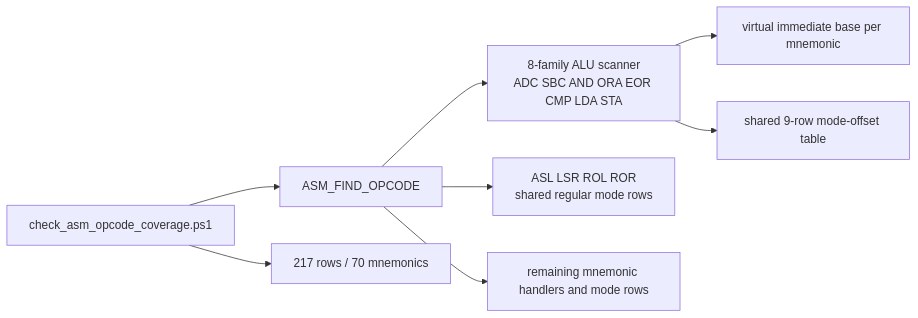
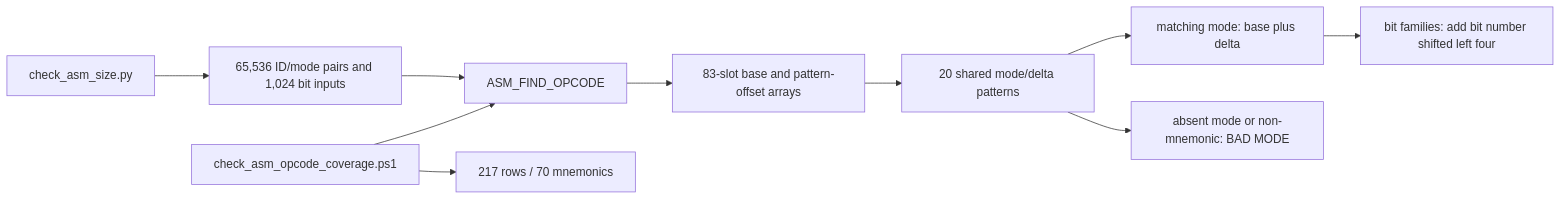
One commit to 95westus/R-YORS changed the eighth of 11 diagrams in DOC/GUIDES/ASM/ASM_CALL_MAP.md. Above: the diagram before and after it, drawn with Mermaid. The commit also changed other lines of this file and 85 other files, not shown here.

````diff
--- a/DOC/GUIDES/ASM/ASM_CALL_MAP.md
+++ b/DOC/GUIDES/ASM/ASM_CALL_MAP.md
@@ -180,10 +186,12 @@
 ```mermaid
 flowchart LR
-    FIND["ASM_FIND_OPCODE"] --> ALU["8-family ALU scanner<br/>ADC SBC AND ORA EOR CMP LDA STA"]
-    ALU --> BASE["virtual immediate base per mnemonic"]
-    ALU --> OFF["shared 9-row mode-offset table"]
-    FIND --> SHIFT["ASL LSR ROL ROR<br/>shared regular mode rows"]
-    FIND --> OTHER["remaining mnemonic handlers and mode rows"]
+    FIND["ASM_FIND_OPCODE"] --> INDEX["83-slot base and pattern-offset arrays"]
+    INDEX --> ROWS["20 shared mode/delta patterns"]
+    ROWS --> HIT["matching mode: base plus delta"]
+    ROWS --> BAD["absent mode or non-mnemonic: BAD MODE"]
+    HIT --> BIT["bit families: add bit number shifted left four"]
     AUDIT["check_asm_opcode_coverage.ps1"] --> FIND
     AUDIT --> PROOF["217 rows / 70 mnemonics"]
+    ORACLE["check_asm_size.py"] --> FULL["65,536 ID/mode pairs and 1,024 bit inputs"]
+    FULL --> FIND
 ```
````
